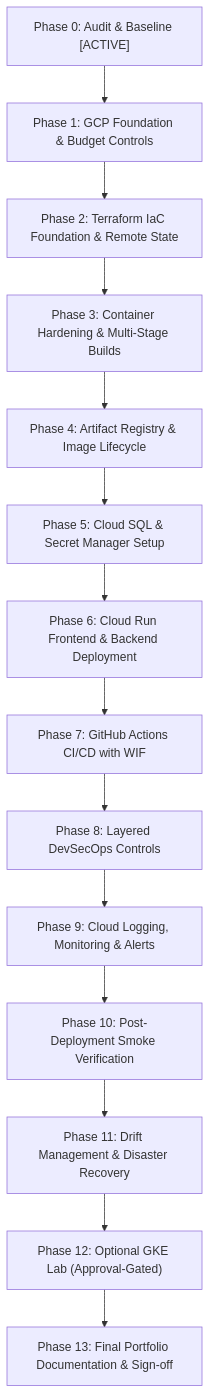
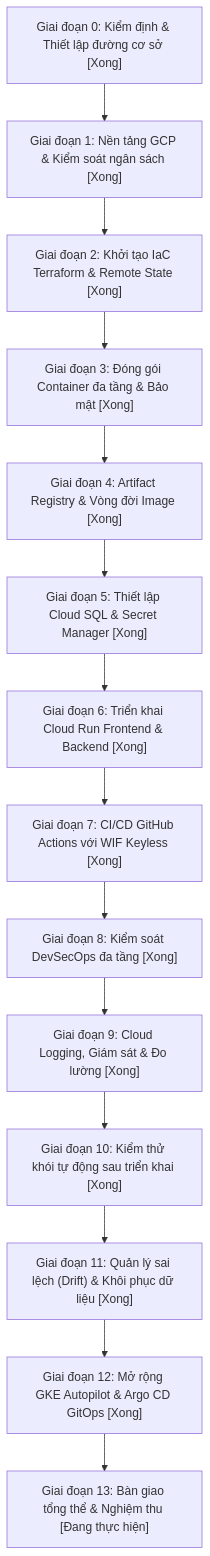
One commit to nguyenlpn2015/DevSpeak-AI changed the diagram in docs/GCP_IMPLEMENTATION_PLAN.md. Above: the diagram before and after it, drawn with Mermaid. The commit also changed other lines of this file and 19 other files, not shown here.

````diff
--- a/docs/GCP_IMPLEMENTATION_PLAN.md
+++ b/docs/GCP_IMPLEMENTATION_PLAN.md
@@ -11,16 +11,16 @@
 ```mermaid
 flowchart TD
-    P0["Phase 0: Audit & Baseline [ACTIVE]"] --> P1["Phase 1: GCP Foundation & Budget Controls"]
-    P1 --> P2["Phase 2: Terraform IaC Foundation & Remote State"]
-    P2 --> P3["Phase 3: Container Hardening & Multi-Stage Builds"]
-    P3 --> P4["Phase 4: Artifact Registry & Image Lifecycle"]
-    P4 --> P5["Phase 5: Cloud SQL & Secret Manager Setup"]
-    P5 --> P6["Phase 6: Cloud Run Frontend & Backend Deployment"]
-    P6 --> P7["Phase 7: GitHub Actions CI/CD with WIF"]
-    P7 --> P8["Phase 8: Layered DevSecOps Controls"]
-    P8 --> P9["Phase 9: Cloud Logging, Monitoring & Alerts"]
-    P9 --> P10["Phase 10: Post-Deployment Smoke Verification"]
-    P10 --> P11["Phase 11: Drift Management & Disaster Recovery"]
-    P11 --> P12["Phase 12: Optional GKE Lab (Approval-Gated)"]
-    P12 --> P13["Phase 13: Final Portfolio Documentation & Sign-off"]
+    P0["Giai đoạn 0: Kiểm định & Thiết lập đường cơ sở [Xong]"] --> P1["Giai đoạn 1: Nền tảng GCP & Kiểm soát ngân sách [Xong]"]
+    P1 --> P2["Giai đoạn 2: Khởi tạo IaC Terraform & Remote State [Xong]"]
+    P2 --> P3["Giai đoạn 3: Đóng gói Container đa tầng & Bảo mật [Xong]"]
+    P3 --> P4["Giai đoạn 4: Artifact Registry & Vòng đời Image [Xong]"]
+    P4 --> P5["Giai đoạn 5: Thiết lập Cloud SQL & Secret Manager [Xong]"]
+    P5 --> P6["Giai đoạn 6: Triển khai Cloud Run Frontend & Backend [Xong]"]
+    P6 --> P7["Giai đoạn 7: CI/CD GitHub Actions với WIF Keyless [Xong]"]
+    P7 --> P8["Giai đoạn 8: Kiểm soát DevSecOps đa tầng [Xong]"]
+    P8 --> P9["Giai đoạn 9: Cloud Logging, Giám sát & Đo lường [Xong]"]
+    P9 --> P10["Giai đoạn 10: Kiểm thử khói tự động sau triển khai [Xong]"]
+    P10 --> P11["Giai đoạn 11: Quản lý sai lệch (Drift) & Khôi phục dữ liệu [Xong]"]
+    P11 --> P12["Giai đoạn 12: Mở rộng GKE Autopilot & Argo CD GitOps [Xong]"]
+    P12 --> P13["Giai đoạn 13: Bàn giao tổng thể & Nghiệm thu [Đang thực hiện]"]
 ```
````
